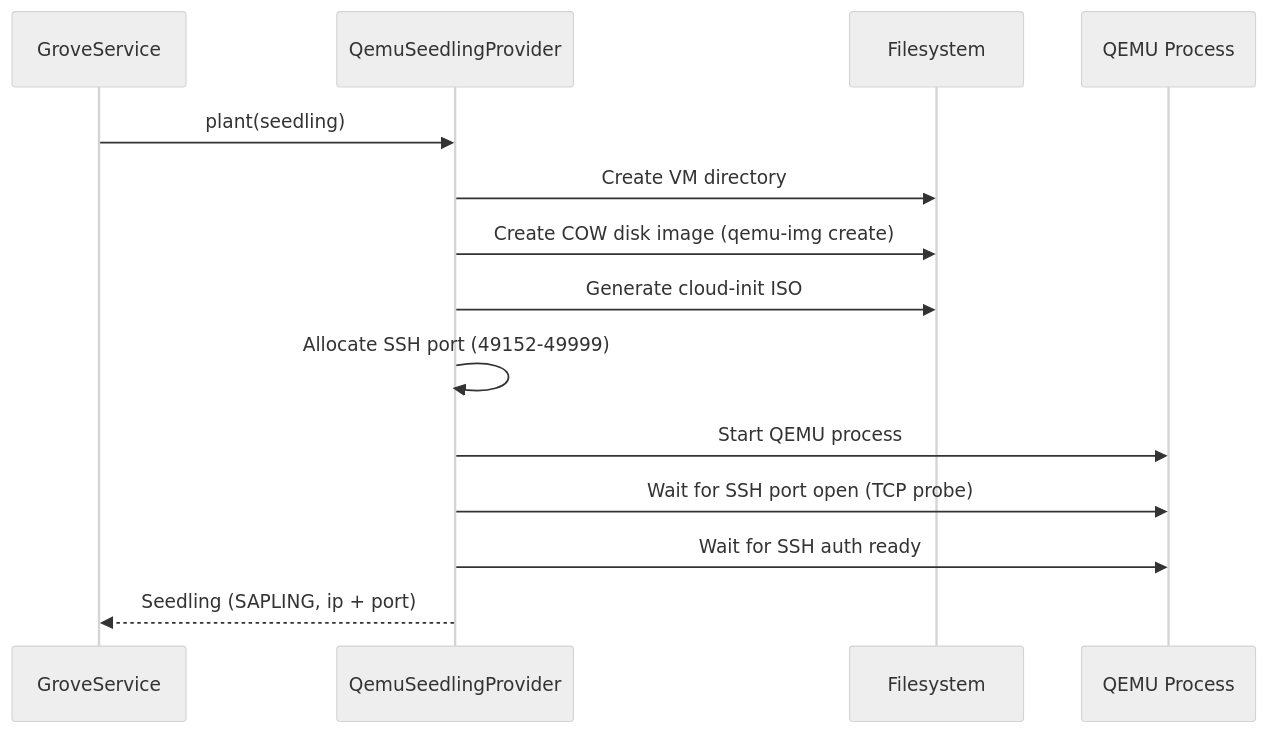
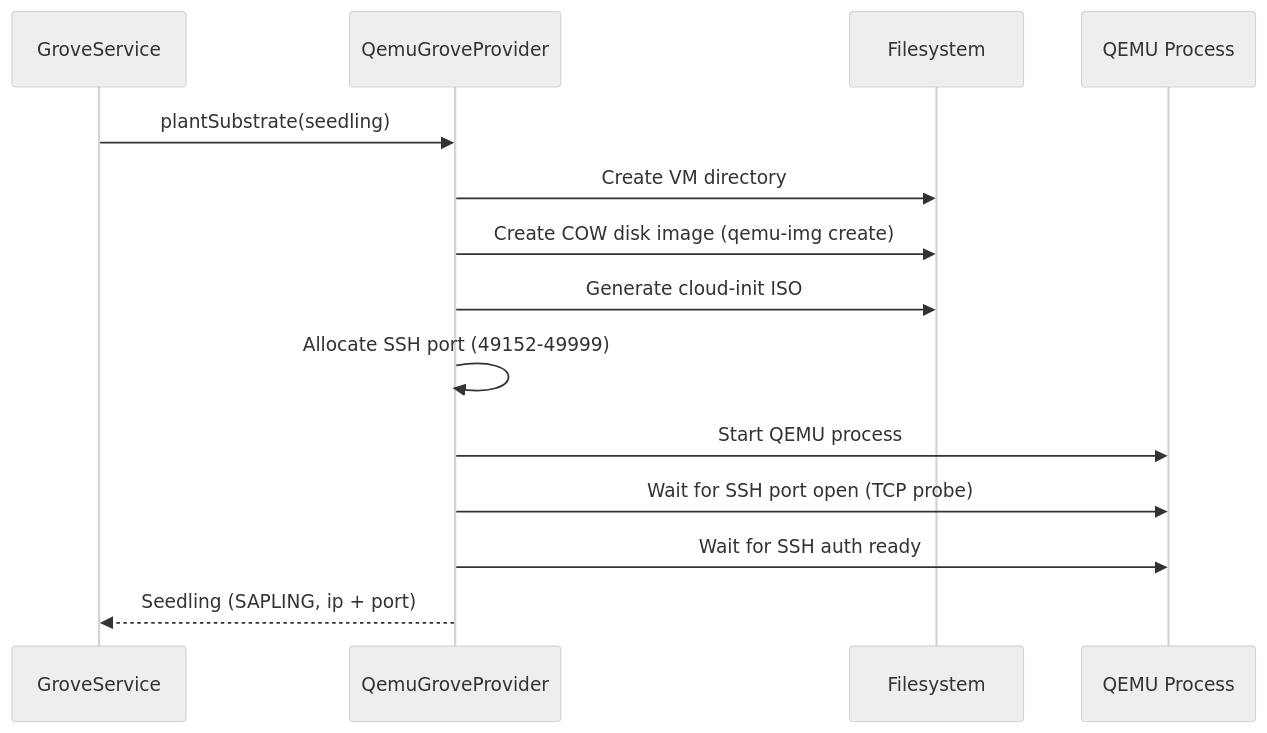
Before and after one commit to orchard-cde/orchard: the fourth of 9 diagrams in docs/architecture/platform-architecture.md, drawn with Mermaid (neutral theme). The commit also changed other lines of this file and 60 other files, not shown here.

First line of the commit message:
refactor: extract :vine exec seam and GroveProvider (#86 stage 1) (#224)

````diff
--- a/docs/architecture/platform-architecture.md
+++ b/docs/architecture/platform-architecture.md
@@ -211,17 +228,17 @@
 ```mermaid
 sequenceDiagram
     participant GS as GroveService
-    participant QP as QemuSeedlingProvider
+    participant QP as QemuGroveProvider
     participant FS as Filesystem
     participant VM as QEMU Process
 
-    GS->>QP: plant(seedling)
+    GS->>QP: plantSubstrate(seedling)
     QP->>FS: Create VM directory
     QP->>FS: Create COW disk image (qemu-img create)
     QP->>FS: Generate cloud-init ISO
     QP->>QP: Allocate SSH port (49152-49999)
     QP->>VM: Start QEMU process
     QP->>VM: Wait for SSH port open (TCP probe)
     QP->>VM: Wait for SSH auth ready
     QP-->>GS: Seedling (SAPLING, ip + port)
 ```
````
